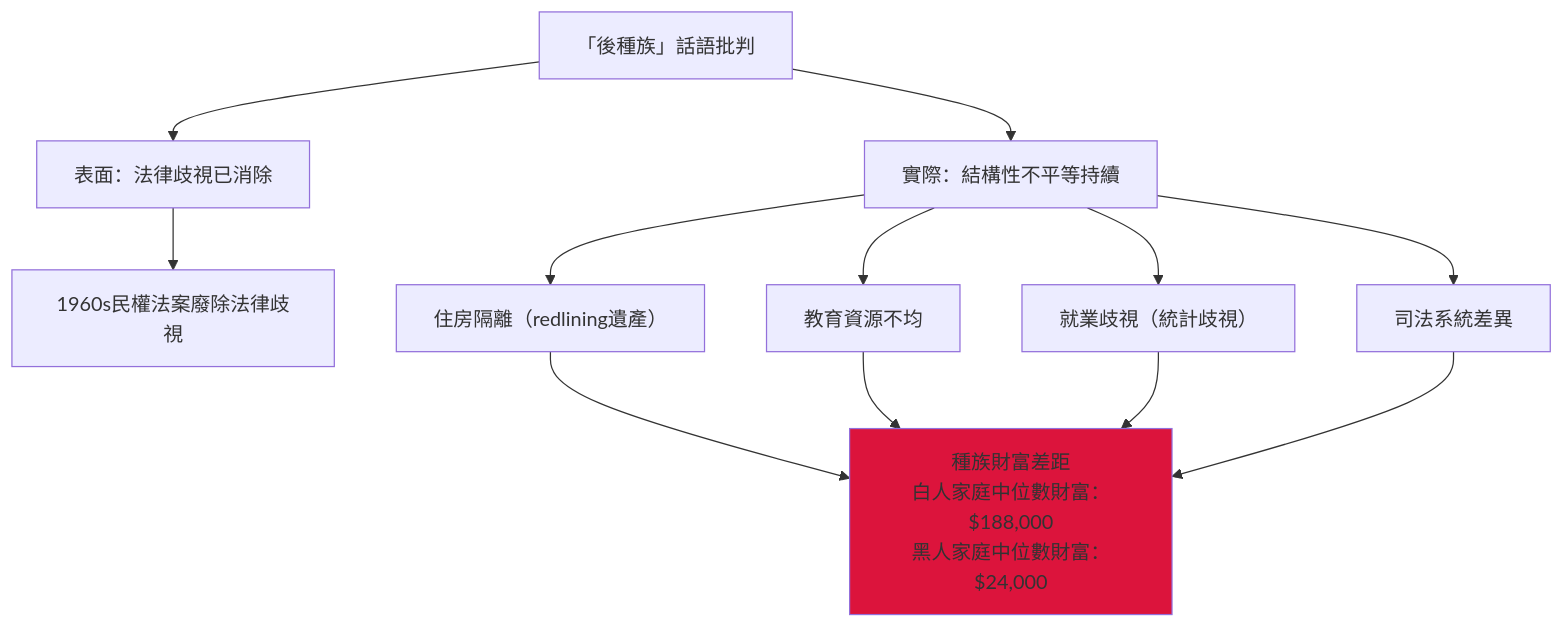
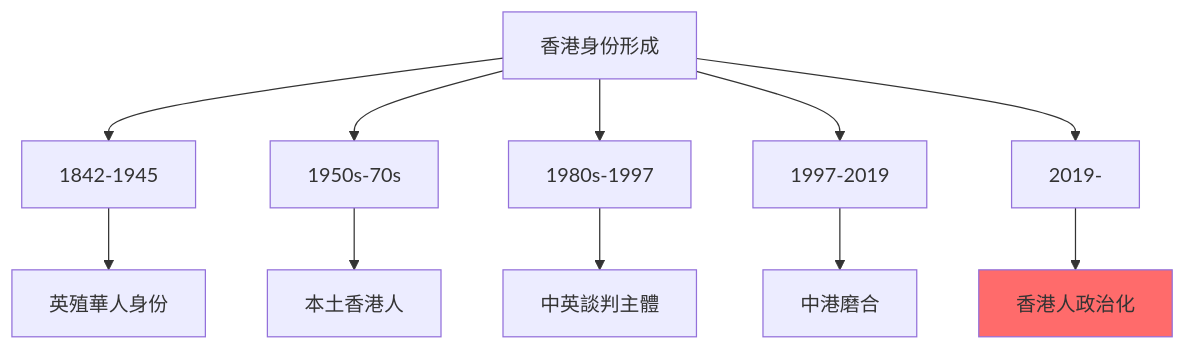
Before and after one commit to yip-lgtm/HKU-Harvard-History-Self-Study: the tenth of 10 diagrams in 01_HKU_Courses/HIST2161_Making_Race.md, drawn with Mermaid. The commit also changed other lines of this file and 7 other files, not shown here.

````diff
--- a/01_HKU_Courses/HIST2161_Making_Race.md
+++ b/01_HKU_Courses/HIST2161_Making_Race.md
@@ -272,15 +339,14 @@
 ```mermaid
 graph TD
-    A["「後種族」話語批判"] --> B["表面：法律歧視已消除"]
-    A --> C["實際：結構性不平等持續"]
-    B --> D["1960s民權法案廢除法律歧視"]
-    C --> E["住房隔離（redlining遺產）"]
-    C --> F["教育資源不均"]
-    C --> G["就業歧視（統計歧視）"]
-    C --> H["司法系統差異"]
-    E --> I["種族財富差距<br/>白人家庭中位數財富：$188,000<br/>黑人家庭中位數財富：$24,000"]
-    F --> I
-    G --> I
-    H --> I
-    style I fill:#DC143C
+    A["香港身份形成"] --> B["1842-1945"]
+    A --> C["1950s-70s"]
+    A --> D["1980s-1997"]
+    A --> E["1997-2019"]
+    A --> F["2019-"]
+    B --> G["英殖華人身份"]
+    C --> H["本土香港人"]
+    D --> I["中英談判主體"]
+    E --> J["中港磨合"]
+    F --> K["香港人政治化"]
+    style K fill:#FF6B6B
 ```
````
